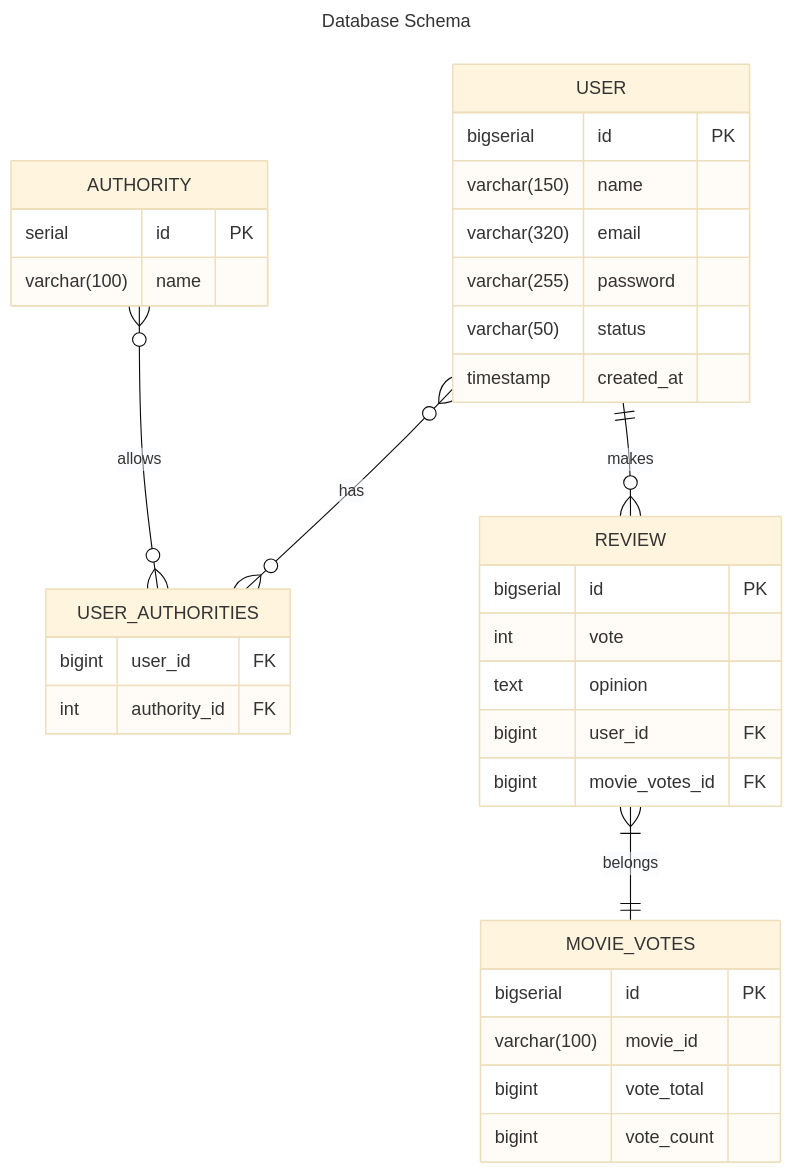
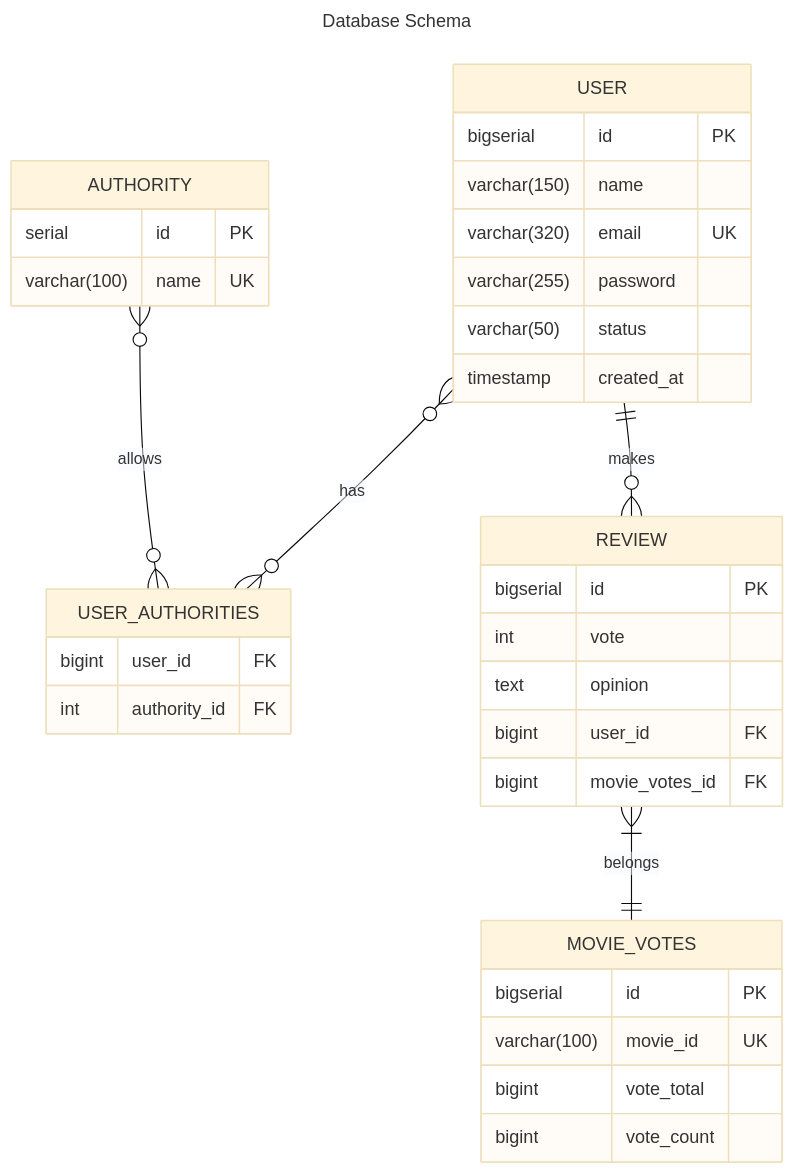
The diagram in README.md (Edson-Mendes/your-review-api), drawn with Mermaid (base theme) before and after one commit. The commit also changed other lines of this file, not shown here.

````diff
--- a/README.md
+++ b/README.md
@@ -365,40 +443,40 @@
 ```mermaid
 ---
     title: Database Schema
 ---
     erDiagram
         USER {
             bigserial id PK
             varchar(150) name
-            varchar(320) email
+            varchar(320) email UK
             varchar(255) password
             varchar(50) status
             timestamp created_at
         }
         AUTHORITY {
             serial id PK
-            varchar(100) name
+            varchar(100) name UK
         }
         USER_AUTHORITIES {
             bigint user_id FK
             int authority_id FK
         }
         MOVIE_VOTES {
             bigserial id PK
-            varchar(100) movie_id
+            varchar(100) movie_id UK
             bigint vote_total
             bigint vote_count
         }
         REVIEW {
             bigserial id PK
             int vote
             text opinion
             bigint user_id FK
             bigint movie_votes_id FK
         }
         
         USER }o--o{ USER_AUTHORITIES : has
         AUTHORITY }o--o{ USER_AUTHORITIES : allows
         REVIEW }|--|| MOVIE_VOTES : belongs
         USER ||--o{ REVIEW : makes
 ```
````
